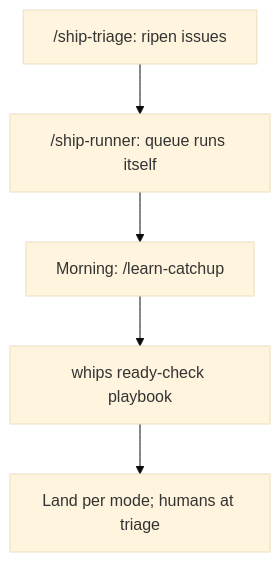
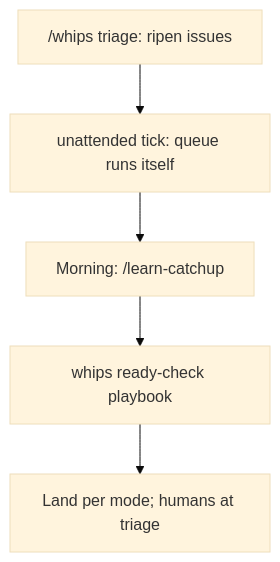
Before and after one commit to TudeOrangBiasa/skills-for-agents: the fifth of 6 diagrams in skills/user-invoked/guide/COOKBOOK.md, drawn with Mermaid (base theme). The commit also changed other lines of this file and 40 other files, not shown here.

Commit message:
docs: repoint router, aliases, setup, and stubs at whips-first flow

````diff
--- a/skills/user-invoked/guide/COOKBOOK.md
+++ b/skills/user-invoked/guide/COOKBOOK.md
@@ -84,6 +84,6 @@
 ```mermaid
 flowchart TD
-    T["/ship-triage: ripen issues"] --> N["/ship-runner: queue runs itself"]
+    T["/whips triage: ripen issues"] --> N["unattended tick: queue runs itself"]
     N --> M["Morning: /learn-catchup"]
     M --> R["whips ready-check playbook"] --> G["Land per mode; humans at triage"]
 ```
````
